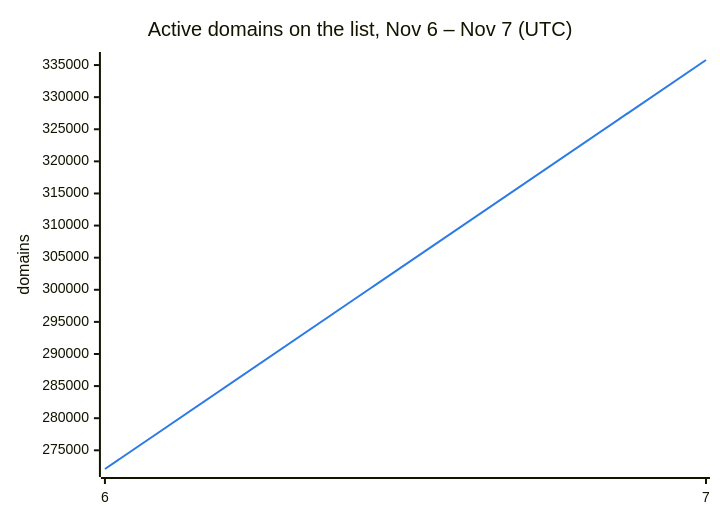
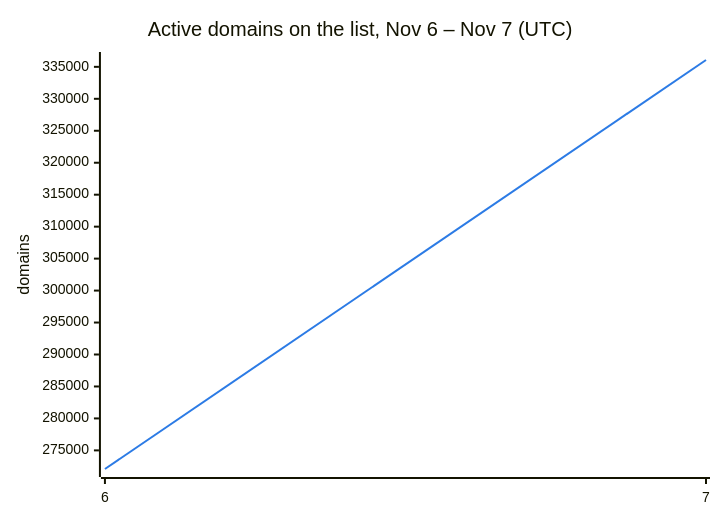
Before and after one commit to DNSBunker/CTI: the second of 3 diagrams in README.md, drawn with Mermaid. The commit also changed other lines of this file and 3 other files, not shown here.

````diff
--- a/README.md
+++ b/README.md
@@ -38,8 +38,8 @@
 ```mermaid
 %%{init: {"themeVariables": {"xyChart": {"plotColorPalette": "#2c7be5"}}}}%%
 xychart-beta
     title "Active domains on the list, Nov 6 – Nov 7 (UTC)"
     x-axis ["6", "7"]
     y-axis "domains"
-    line [272088, 335786]
+    line [272088, 336071]
 ```
````
